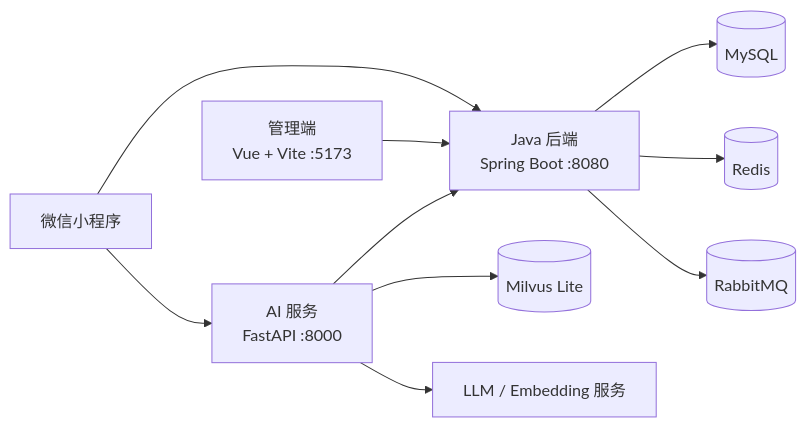
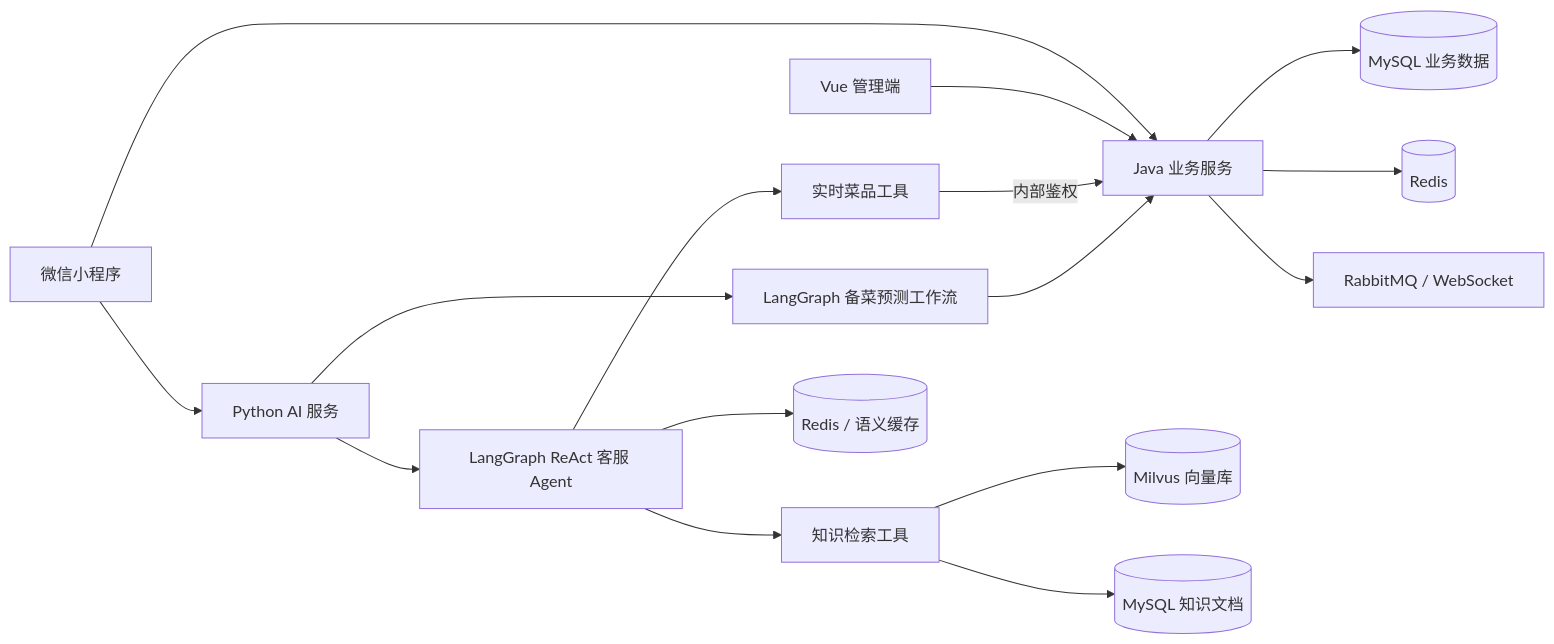
Before and after one commit to 1305884178-bit/smart-kitchen-ai-platform: the first of 3 diagrams in README.md, drawn with Mermaid. The commit also changed other lines of this file, not shown here.

Commit message:
docs: 聚焦 Agent 应用能力展示

````diff
--- a/README.md
+++ b/README.md
@@ -15,12 +72,21 @@
 ```mermaid
 flowchart LR
-    MP[微信小程序] --> JAVA[Java 后端\nSpring Boot :8080]
-    ADMIN[管理端\nVue + Vite :5173] --> JAVA
-    JAVA --> MYSQL[(MySQL)]
+    MP[微信小程序] --> JAVA[Java 业务服务]
+    ADMIN[Vue 管理端] --> JAVA
+
+    MP --> AI[Python AI 服务]
+    AI --> CHAT[LangGraph ReAct 客服 Agent]
+    AI --> PREDICT[LangGraph 备菜预测工作流]
+
+    CHAT --> RAG[知识检索工具]
+    CHAT --> TOOLS[实时菜品工具]
+    RAG --> MILVUS[(Milvus 向量库)]
+    RAG --> KB[(MySQL 知识文档)]
+    TOOLS -->|内部鉴权| JAVA
+
+    CHAT --> CACHE[(Redis / 语义缓存)]
+    JAVA --> MYSQL[(MySQL 业务数据)]
     JAVA --> REDIS[(Redis)]
-    JAVA --> MQ[(RabbitMQ)]
-    MP --> AI[AI 服务\nFastAPI :8000]
-    AI --> JAVA
-    AI --> MILVUS[(Milvus Lite)]
-    AI --> LLM[LLM / Embedding 服务]
+    JAVA --> MQ[RabbitMQ / WebSocket]
+    PREDICT --> JAVA
 ```
````
